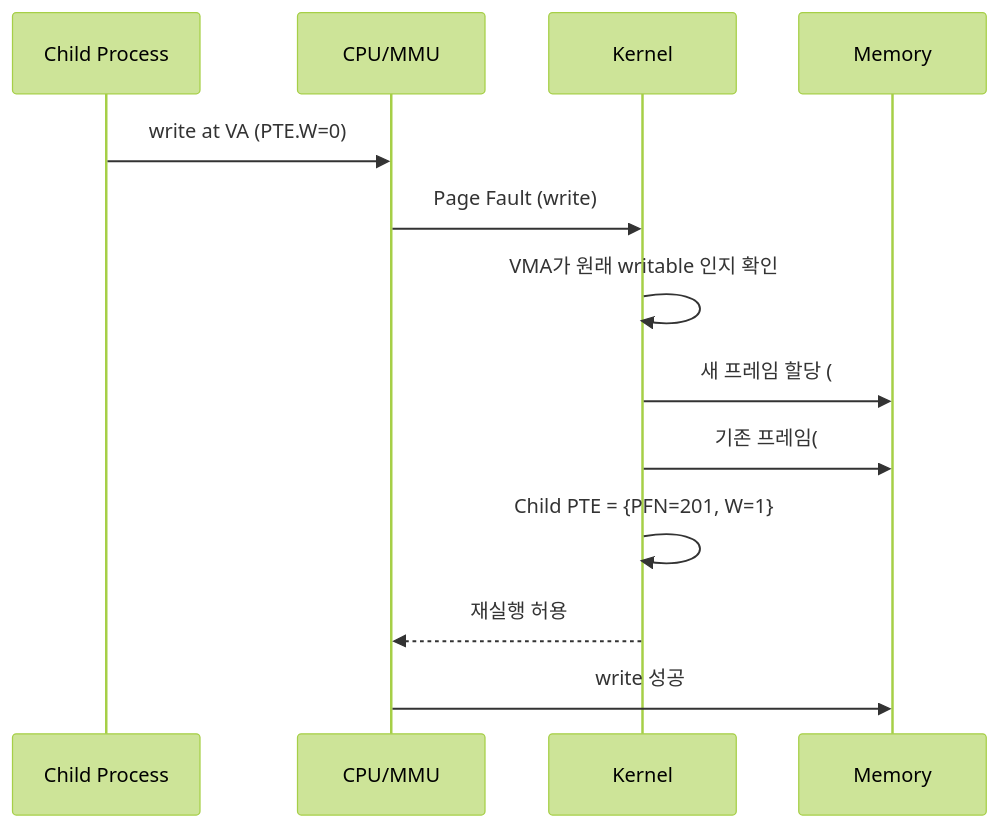
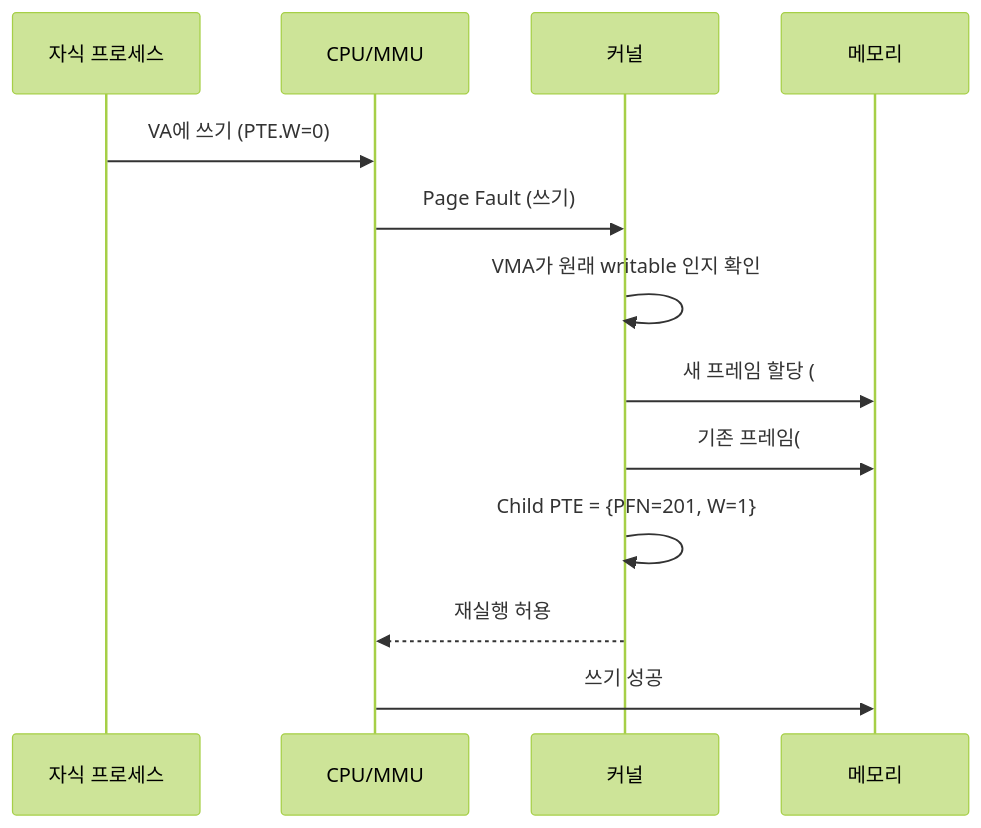
The diagram in docs/blog/concepts/08-copy-on-write.md (Jungle-12-303/wk07_6), drawn with Mermaid (forest theme) before and after one commit. The commit also changed other lines of this file and 26 other files, not shown here.

First line of the commit message:
docs: 블로그 소제목·Mermaid·ASCII 박스 가독성 정비

````diff
--- a/docs/blog/concepts/08-copy-on-write.md
+++ b/docs/blog/concepts/08-copy-on-write.md
@@ -41,15 +41,15 @@
 ```mermaid
 sequenceDiagram
-    participant Child as Child Process
+    participant Child as 자식 프로세스
     participant CPU as CPU/MMU
-    participant K as Kernel
-    participant MEM as Memory
-    Child->>CPU: write at VA (PTE.W=0)
-    CPU->>K: Page Fault (write)
+    participant K as 커널
+    participant MEM as 메모리
+    Child->>CPU: VA에 쓰기 (PTE.W=0)
+    CPU->>K: Page Fault (쓰기)
     K->>K: VMA가 원래 writable 인지 확인
     K->>MEM: 새 프레임 할당 (#201)
     K->>MEM: 기존 프레임(#100) 내용을 #201에 복사
     K->>K: Child PTE = {PFN=201, W=1}
     K-->>CPU: 재실행 허용
-    CPU->>MEM: write 성공
+    CPU->>MEM: 쓰기 성공
 ```
````
